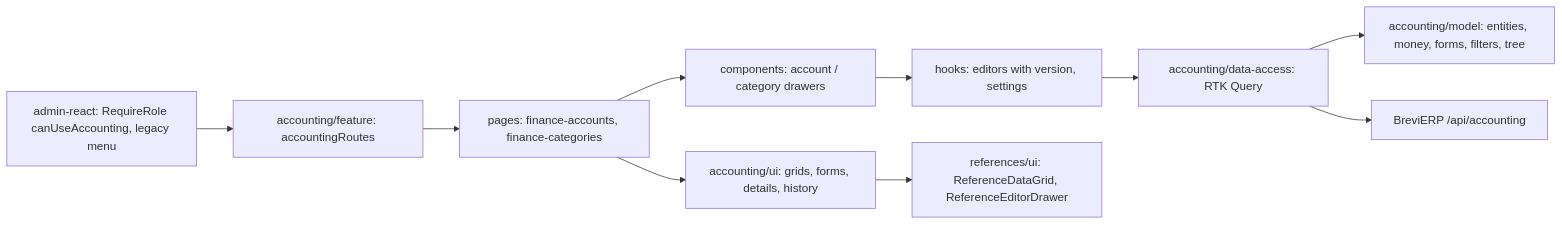
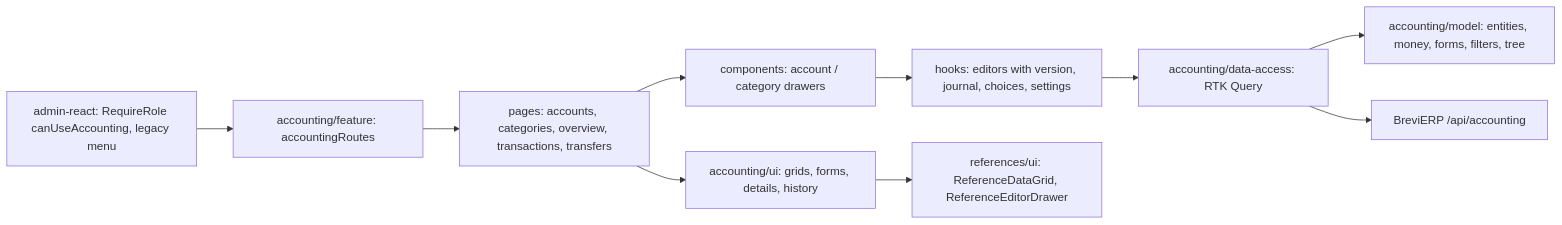
The diagram in docs/features/admin/accounting.md (Weretik/brevi-web), drawn with Mermaid before and after one commit. The commit also changed other lines of this file and 74 other files, not shown here.

First line of the commit message:
feat(admin-accounting): operations, transfers, balances and overview (stage 2)

````diff
--- a/docs/features/admin/accounting.md
+++ b/docs/features/admin/accounting.md
@@ -23,12 +32,12 @@
 ```mermaid
 flowchart LR
   App["admin-react: RequireRole canUseAccounting, legacy menu"] --> Routes["accounting/feature: accountingRoutes"]
-  Routes --> Pages["pages: finance-accounts, finance-categories"]
+  Routes --> Pages["pages: accounts, categories, overview, transactions, transfers"]
   Pages --> Drawers["components: account / category drawers"]
-  Drawers --> Hooks["hooks: editors with version, settings"]
+  Drawers --> Hooks["hooks: editors with version, journal, choices, settings"]
   Pages --> UI["accounting/ui: grids, forms, details, history"]
   UI --> RefUI["references/ui: ReferenceDataGrid, ReferenceEditorDrawer"]
   Hooks --> DataAccess["accounting/data-access: RTK Query"]
   DataAccess --> Model["accounting/model: entities, money, forms, filters, tree"]
   DataAccess --> API["BreviERP /api/accounting"]
 ```
````
